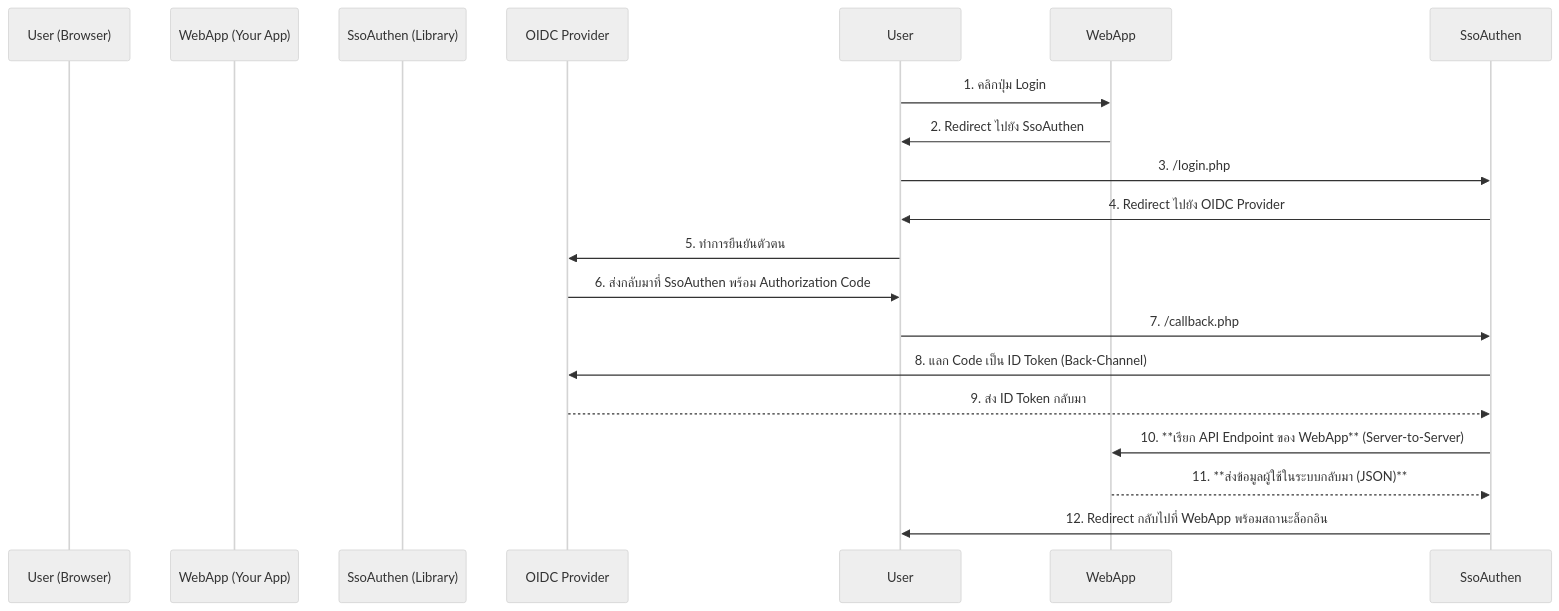
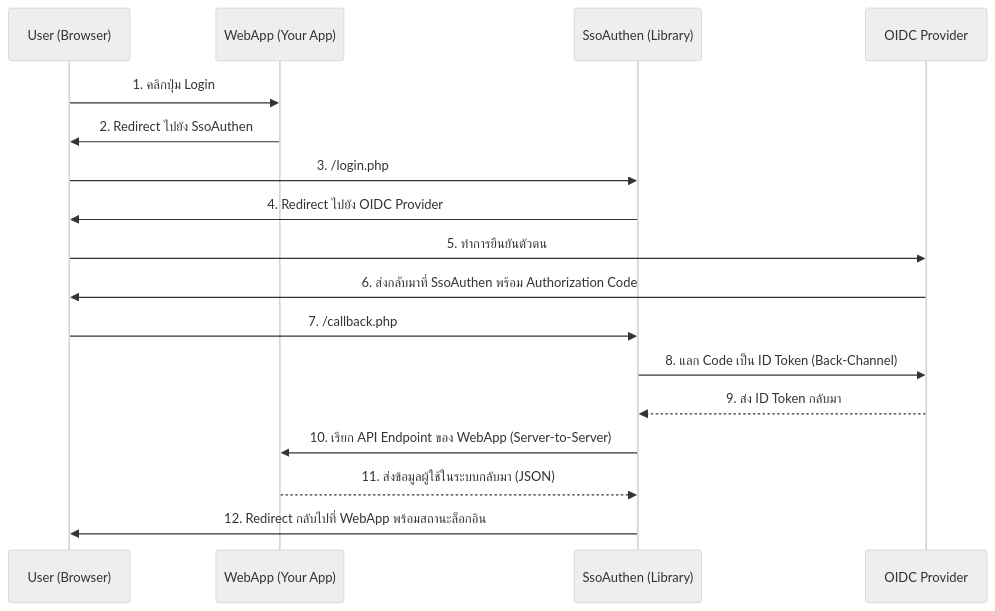
One commit to Noung/sso-authen-2 changed the diagram in README.md. Above: the diagram before and after it, drawn with Mermaid (neutral theme).

````diff
--- a/README.md
+++ b/README.md
@@ -69,20 +69,15 @@
 ```mermaid
 sequenceDiagram
-    participant User (Browser)
-    participant WebApp (Your App)
-    participant SsoAuthen (Library)
-    participant OIDCProvider as OIDC Provider
-
-    User->>WebApp: 1. คลิกปุ่ม Login
-    WebApp->>User: 2. Redirect ไปยัง SsoAuthen
-    User->>SsoAuthen: 3. /login.php
-    SsoAuthen->>User: 4. Redirect ไปยัง OIDC Provider
-    User->>OIDCProvider: 5. ทำการยืนยันตัวตน
-    OIDCProvider->>User: 6. ส่งกลับมาที่ SsoAuthen พร้อม Authorization Code
-    User->>SsoAuthen: 7. /callback.php
-    SsoAuthen->>OIDCProvider: 8. แลก Code เป็น ID Token (Back-Channel)
-    OIDCProvider-->>SsoAuthen: 9. ส่ง ID Token กลับมา
-    SsoAuthen->>WebApp: 10. **เรียก API Endpoint ของ WebApp** (Server-to-Server)
-    WebApp-->>SsoAuthen: 11. **ส่งข้อมูลผู้ใช้ในระบบกลับมา (JSON)**
-    SsoAuthen->>User: 12. Redirect กลับไปที่ WebApp พร้อมสถานะล็อกอิน
+    User (Browser)->>WebApp (Your App): 1. คลิกปุ่ม Login
+    WebApp (Your App)->>User (Browser): 2. Redirect ไปยัง SsoAuthen
+    User (Browser)->>SsoAuthen (Library): 3. /login.php
+    SsoAuthen (Library)->>User (Browser): 4. Redirect ไปยัง OIDC Provider
+    User (Browser)->>OIDC Provider: 5. ทำการยืนยันตัวตน
+    OIDC Provider->>User (Browser): 6. ส่งกลับมาที่ SsoAuthen พร้อม Authorization Code
+    User (Browser)->>SsoAuthen (Library): 7. /callback.php
+    SsoAuthen (Library)->>OIDC Provider: 8. แลก Code เป็น ID Token (Back-Channel)
+    OIDC Provider-->>SsoAuthen (Library): 9. ส่ง ID Token กลับมา
+    SsoAuthen (Library)->>WebApp (Your App): 10. เรียก API Endpoint ของ WebApp (Server-to-Server)
+    WebApp (Your App)-->>SsoAuthen (Library): 11. ส่งข้อมูลผู้ใช้ในระบบกลับมา (JSON)
+    SsoAuthen (Library)->>User (Browser): 12. Redirect กลับไปที่ WebApp พร้อมสถานะล็อกอิน
 ```
````
